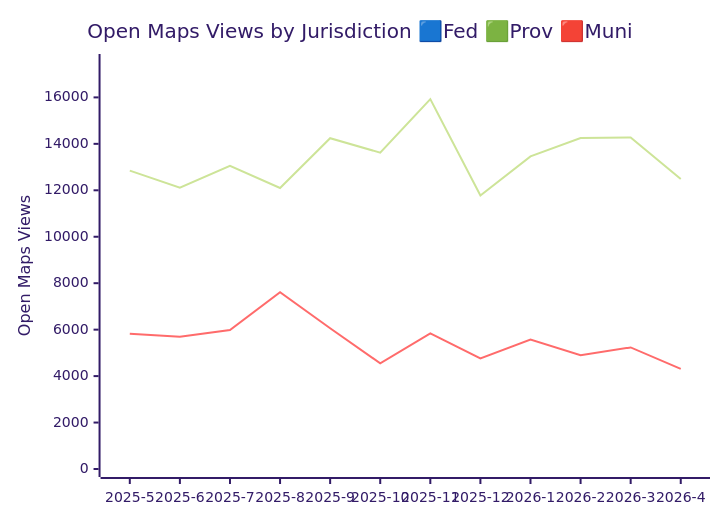
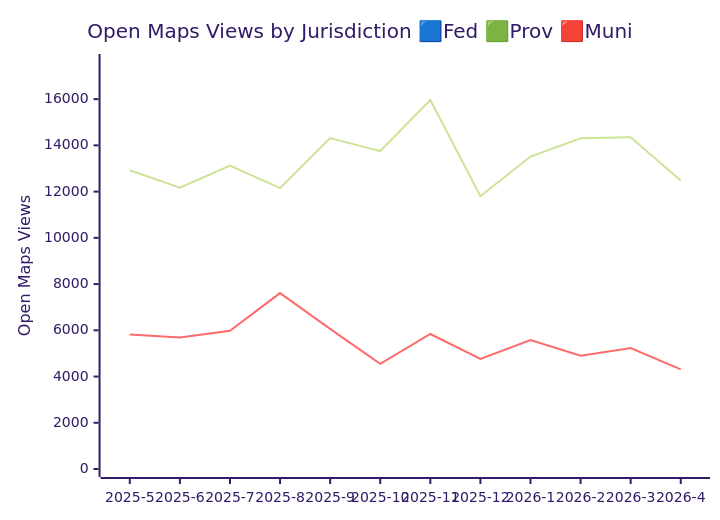
The third of 3 diagrams in JURISDICTION_ANALYTICS_REPORT/readme.md (open-data/analytics-corporate-reporting), drawn with Mermaid (forest theme) before and after one commit. The commit also changed other lines of this file and 3 other files, not shown here.

````diff
--- a/JURISDICTION_ANALYTICS_REPORT/readme.md
+++ b/JURISDICTION_ANALYTICS_REPORT/readme.md
@@ -41,9 +41,9 @@
 ```mermaid
 
 xychart-beta
     title "Open Maps Views by Jurisdiction 🟦Fed 🟩Prov 🟥Muni"
     x-axis [2025-5, 2025-6, 2025-7, 2025-8, 2025-9, 2025-10, 2025-11, 2025-12, 2026-1, 2026-2, 2026-3, 2026-4]
-    y-axis "Open Maps Views" 0 --> 17524
-    line [12848, 12109, 13051, 12100, 14244, 13620, 15925, 11775, 13459, 14248, 14271, 12485]
+    y-axis "Open Maps Views" 0 --> 17607
+    line [12922, 12169, 13130, 12149, 14318, 13754, 15966, 11799, 13518, 14311, 14350, 12485]
     line [5820, 5694, 5984, 7610, 6062, 4549, 5840, 4759, 5574, 4900, 5234, 4310]
 ```
````
